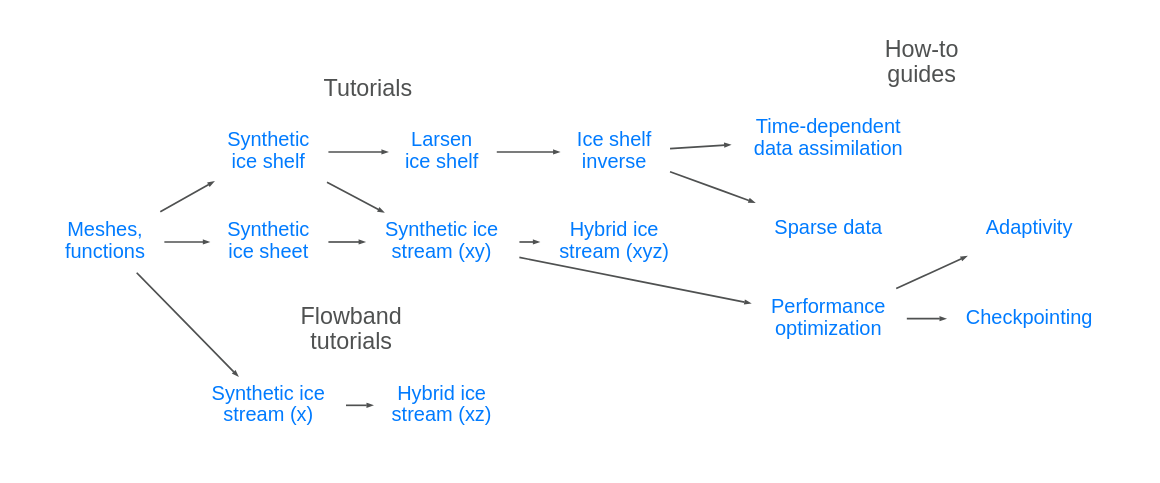
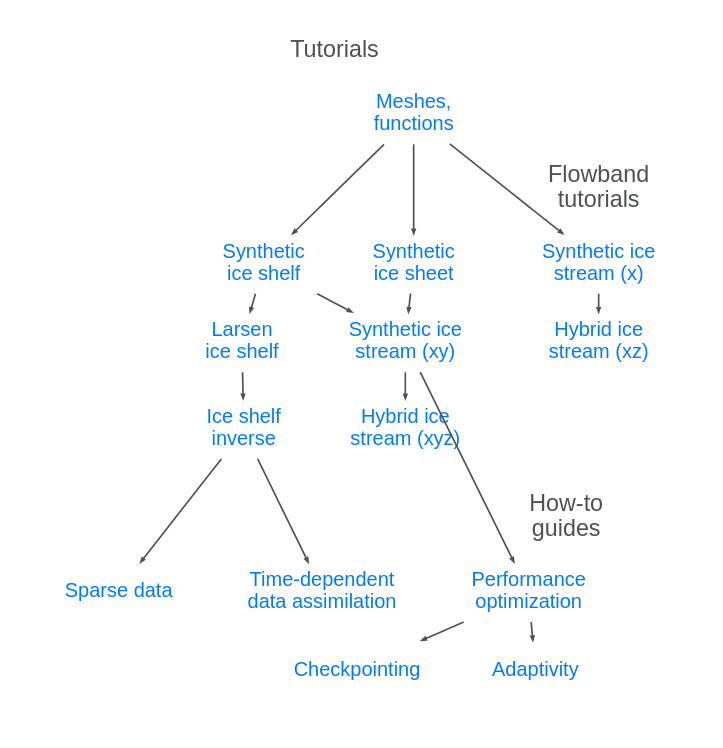
The diagram in pages/tutorials.rst (icepack/icepack.github.io), drawn with Graphviz before and after one commit. The commit also changed 1 other file, not shown here.

Commit message:
Change tutorial graph orientation

```diff
--- a/pages/tutorials.rst
+++ b/pages/tutorials.rst
@@ -18,61 +18,62 @@
 .. graphviz::
 
     digraph tutorials {
         node [fontname="helvetica", shape="plaintext", fontcolor="#007bff", fontsize="12"];
         edge [arrowsize=0.25, color="#4F5151"];
         ranksep=0.15;
-        rankdir="LR";
+        rankdir="TB";
         splines="false";
         mode="hier";
         layout="dot";
         //newrank="true";
 
         meshes_functions [label="Meshes,\nfunctions", href="/notebooks/tutorials/00-meshes-functions/"];
         synthetic_ice_sheet [label="Synthetic\nice sheet", href="/notebooks/tutorials/01-synthetic-ice-sheet/"];
         synthetic_ice_shelf [label="Synthetic\nice shelf", href="/notebooks/tutorials/02-synthetic-ice-shelf/"];
         larsen_ice_shelf [label="Larsen\nice shelf", href="/notebooks/tutorials/03-larsen-ice-shelf/"];
         synthetic_ice_stream_x [label="Synthetic ice\nstream (x)", href="/notebooks/tutorials/04-synthetic-ice-stream-x/"];
         synthetic_ice_stream_xy [label="Synthetic ice\nstream (xy)", href="/notebooks/tutorials/04-synthetic-ice-stream-xy/"];
         ice_shelf_inverse [label="Ice shelf\ninverse", href="/notebooks/tutorials/05-ice-shelf-inverse/"];
         hybrid_ice_stream_xz [label="Hybrid ice\nstream (xz)", href="/notebooks/tutorials/06-hybrid-ice-stream-xz/"];
         hybrid_ice_stream_xyz [label="Hybrid ice\nstream (xyz)", href="/notebooks/tutorials/06-hybrid-ice-stream-xyz/"];
 
         performance [label="Performance\noptimization", href="/notebooks/how-to/01-performance/"];
         checkpointing [label="Checkpointing", href="/notebooks/how-to/02-checkpointing/"];
         adaptivity [label="Adaptivity", href="/notebooks/how-to/03-adaptivity/"];
         sparse_data [label="Sparse data", href="/notebooks/how-to/04-sparse-data/"];
         time_dependent_da [label="Time-dependent\ndata assimilation", href="/notebooks/how-to/05-time-dependent-inverse/"];
 
         subgraph cluster_planview_tutorials {
             penwidth=0;
             fontcolor="#4F5151"
             fontname="helvetica";
             label="Tutorials";
             meshes_functions -> synthetic_ice_sheet;
             meshes_functions -> synthetic_ice_shelf -> larsen_ice_shelf -> ice_shelf_inverse;
             synthetic_ice_shelf -> synthetic_ice_stream_xy;
             synthetic_ice_sheet -> synthetic_ice_stream_xy;
             synthetic_ice_stream_xy -> hybrid_ice_stream_xyz;
         }
 
         subgraph cluster_flowband_tutorials {
             penwidth=0;
             fontcolor="#4F5151"
             fontname="helvetica";
             label="Flowband\ntutorials";
             meshes_functions -> synthetic_ice_stream_x -> hybrid_ice_stream_xz;
         }
 
         synthetic_ice_stream_xy -> performance; // [constraint=false];
 
         subgraph cluster_how_to {
             penwidth=0;
             fontcolor="#4F5151"
             fontname="helvetica";
             label="How-to\nguides";
+            labeljust="r";
             performance -> checkpointing;
             performance -> adaptivity;
             ice_shelf_inverse -> sparse_data;
             ice_shelf_inverse -> time_dependent_da;
         }
     }
```
